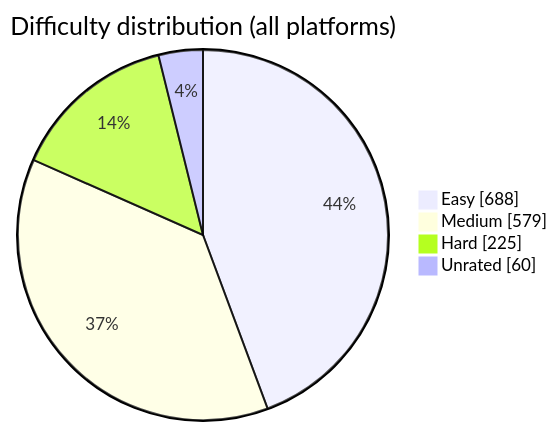
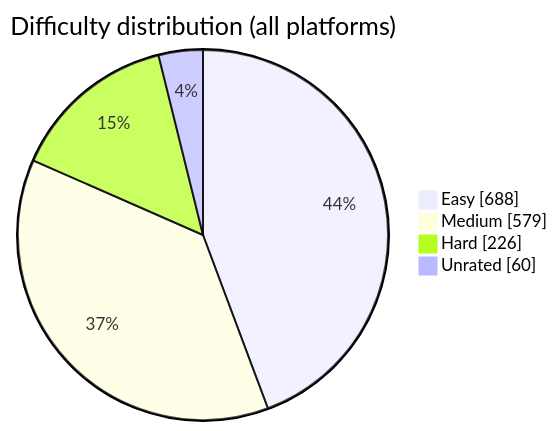
One commit to BuildbyArindam/Daily-Coding-Log changed the diagram in README.md. Above: the diagram before and after it, drawn with Mermaid. The commit also changed other lines of this file, not shown here.

````diff
--- a/README.md
+++ b/README.md
@@ -93,7 +93,7 @@
 ```mermaid
 pie showData title Difficulty distribution (all platforms)
     "Easy" : 688
     "Medium" : 579
-    "Hard" : 225
+    "Hard" : 226
     "Unrated" : 60
 ```
````
